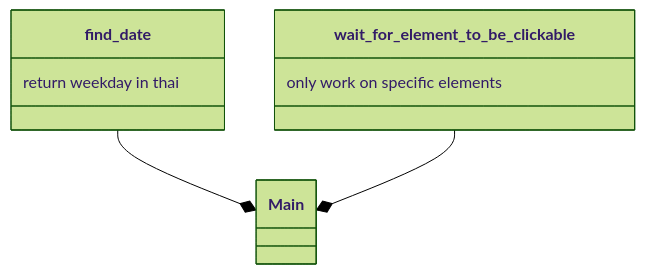
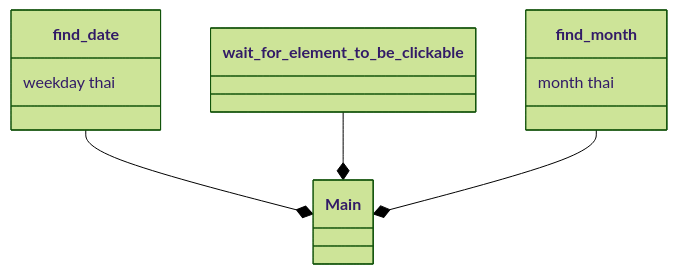
Before and after one commit to Dew2118/zoom_join: the diagram in README.md, drawn with Mermaid (forest theme).

Commit message:
add find_month() in mermaid and shorten some texts

````diff
--- a/README.md
+++ b/README.md
@@ -18,7 +18,8 @@
 ```mermaid
     classDiagram
     find_date --* Main
     wait_for_element_to_be_clickable --* Main
-    find_date : return weekday in thai
-    wait_for_element_to_be_clickable: only work on specific elements
+    find_month --* Main
+    find_month : month thai
+    find_date : weekday thai
 ```
````
